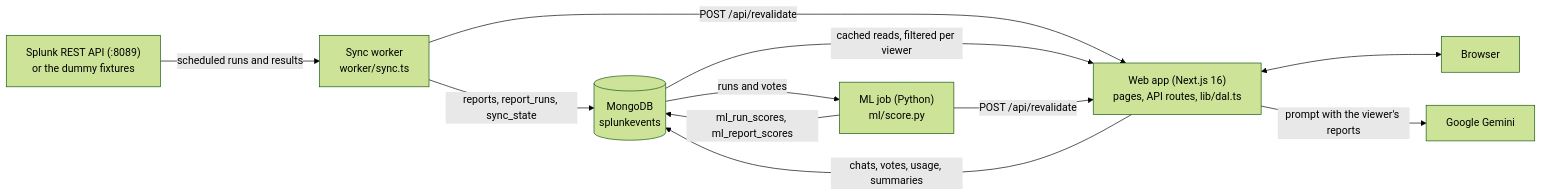
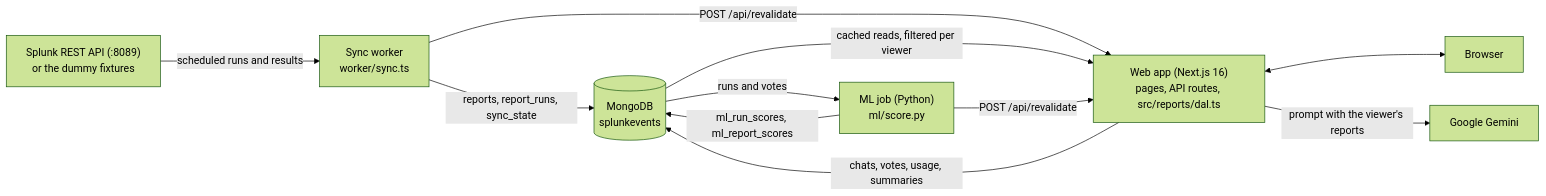
Before and after one commit to trcpoet/splunk-report-ai: the first of 6 diagrams in docs/architecture.md, drawn with Mermaid (forest theme). The commit also changed other lines of this file and 342 other files, not shown here.

First line of the commit message:
Move the app's code into src/, one folder per part of the app

````diff
--- a/docs/architecture.md
+++ b/docs/architecture.md
@@ -23,21 +23,21 @@
 ```mermaid
 flowchart LR
     splunk["Splunk REST API (:8089)<br/>or the dummy fixtures"]
     worker["Sync worker<br/>worker/sync.ts"]
     db[("MongoDB<br/>splunkevents")]
-    web["Web app (Next.js 16)<br/>pages, API routes, lib/dal.ts"]
+    web["Web app (Next.js 16)<br/>pages, API routes, src/reports/dal.ts"]
     ml["ML job (Python)<br/>ml/score.py"]
     gemini["Google Gemini"]
     browser["Browser"]
 
     splunk -- "scheduled runs and results" --> worker
     worker -- "reports, report_runs, sync_state" --> db
     worker -- "POST /api/revalidate" --> web
     db -- "cached reads, filtered per viewer" --> web
     web <--> browser
     web -- "prompt with the viewer's reports" --> gemini
     web -- "chats, votes, usage, summaries" --> db
     db -- "runs and votes" --> ml
     ml -- "ml_run_scores, ml_report_scores" --> db
     ml -- "POST /api/revalidate" --> web
 ```
````
